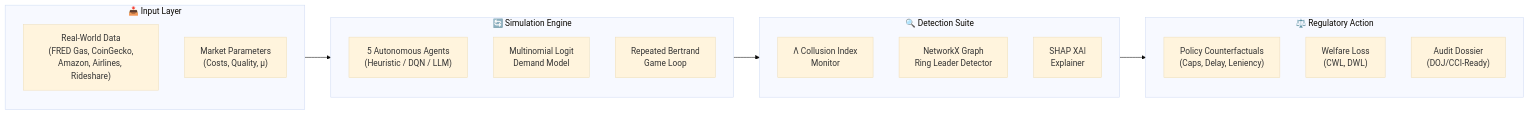
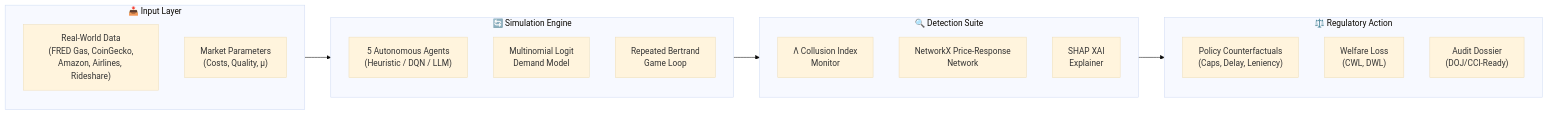
One commit to ARYANRAJ1121/ECHO changed the first of 6 diagrams in README.md. Above: the diagram before and after it, drawn with Mermaid (base theme). The commit also changed other lines of this file and 5 other files, not shown here.

````diff
--- a/README.md
+++ b/README.md
@@ -113,27 +113,27 @@
 ```mermaid
 flowchart LR
     subgraph INPUT["📥 Input Layer"]
         D1["Real-World Data<br/>(FRED Gas, CoinGecko,<br/>Amazon, Airlines, Rideshare)"]
         D2["Market Parameters<br/>(Costs, Quality, μ)"]
     end
 
     subgraph SIMULATE["🔄 Simulation Engine"]
         S1["5 Autonomous Agents<br/>(Heuristic / DQN / LLM)"]
         S2["Multinomial Logit<br/>Demand Model"]
         S3["Repeated Bertrand<br/>Game Loop"]
     end
 
     subgraph DETECT["🔍 Detection Suite"]
         DT1["Λ Collusion Index<br/>Monitor"]
-        DT2["NetworkX Graph<br/>Ring Leader Detector"]
+        DT2["NetworkX Price-Response<br/>Network"]
         DT3["SHAP XAI<br/>Explainer"]
     end
 
     subgraph ACT["⚖️ Regulatory Action"]
         A1["Policy Counterfactuals<br/>(Caps, Delay, Leniency)"]
         A2["Welfare Loss<br/>(CWL, DWL)"]
         A3["Audit Dossier<br/>(DOJ/CCI-Ready)"]
     end
 
     INPUT --> SIMULATE --> DETECT --> ACT
 ```
````
